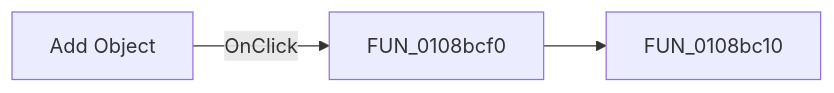
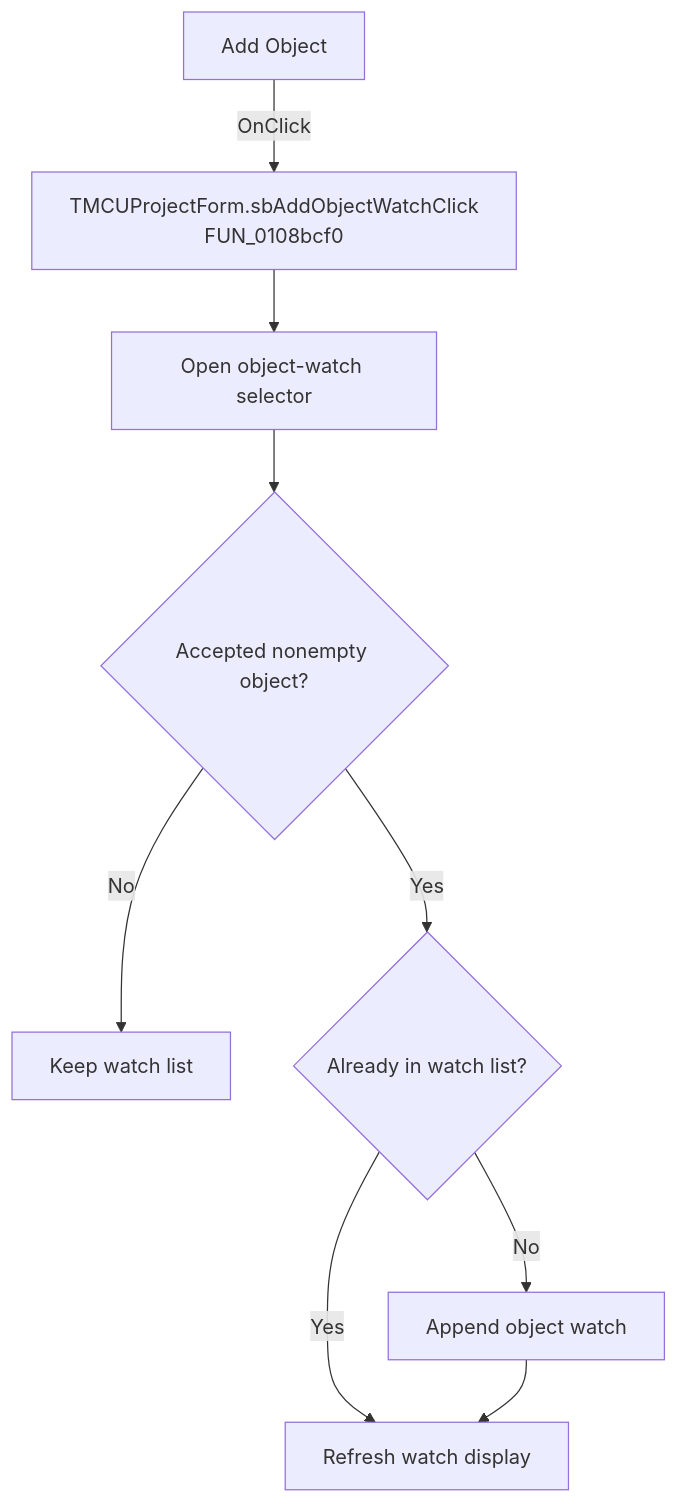
The diagram in docs/ui-controls/mcuprojectform/sbaddobjectwatch-406b102866.md (MovGP0/TIARA), drawn with Mermaid before and after one commit. The commit also changed other lines of this file and 1062 other files, not shown here.

````diff
--- a/docs/ui-controls/mcuprojectform/sbaddobjectwatch-406b102866.md
+++ b/docs/ui-controls/mcuprojectform/sbaddobjectwatch-406b102866.md
@@ -27,5 +27,11 @@
 ```mermaid
-flowchart LR
-    control["Add Object"] -->|OnClick| handler["FUN_0108bcf0"]
-    handler --> call1["FUN_0108bc10"]
+flowchart TD
+    control["Add Object"] -->|OnClick| handler["TMCUProjectForm.sbAddObjectWatchClick<br/>FUN_0108bcf0"]
+    handler --> dialog["Open object-watch selector"]
+    dialog --> accepted{"Accepted nonempty object?"}
+    accepted -->|No| noOp["Keep watch list"]
+    accepted -->|Yes| exists{"Already in watch list?"}
+    exists -->|Yes| refresh["Refresh watch display"]
+    exists -->|No| add["Append object watch"]
+    add --> refresh
 ```
````
